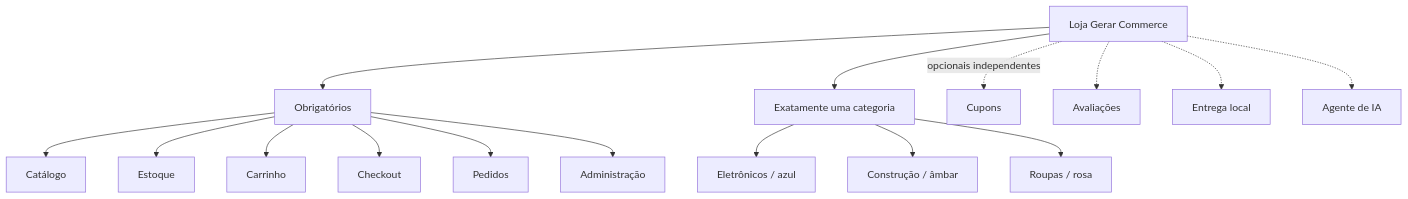
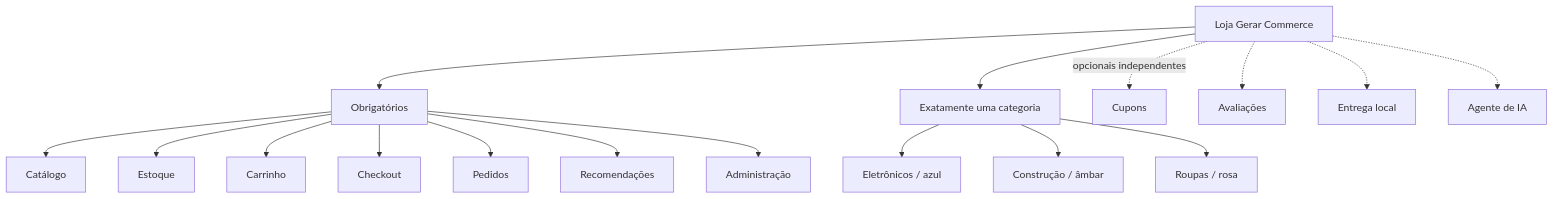
Before and after one commit to CaioMascarenhas/gerar-commerce: the first of 2 diagrams in docs/variabilidade.md, drawn with Mermaid. The commit also changed other lines of this file and 3 other files, not shown here.

Commit message:
docs: adiciona diagramas de camadas, variabilidade e componentes

````diff
--- a/docs/variabilidade.md
+++ b/docs/variabilidade.md
@@ -20,18 +20,19 @@
 ```mermaid
 flowchart TB
   L[Loja Gerar Commerce] --> CORE[Obrigatórios]
   CORE --> C[Catálogo]
   CORE --> E[Estoque]
   CORE --> CART[Carrinho]
   CORE --> CHECK[Checkout]
   CORE --> O[Pedidos]
+  CORE --> R[Recomendações]
   CORE --> A[Administração]
   L --> CAT[Exatamente uma categoria]
   CAT --> EL[Eletrônicos / azul]
   CAT --> CO[Construção / âmbar]
   CAT --> RO[Roupas / rosa]
   L -. opcionais independentes .-> CUP[Cupons]
   L -.-> REV[Avaliações]
   L -.-> DEL[Entrega local]
   L -.-> AI[Agente de IA]
 ```
````
